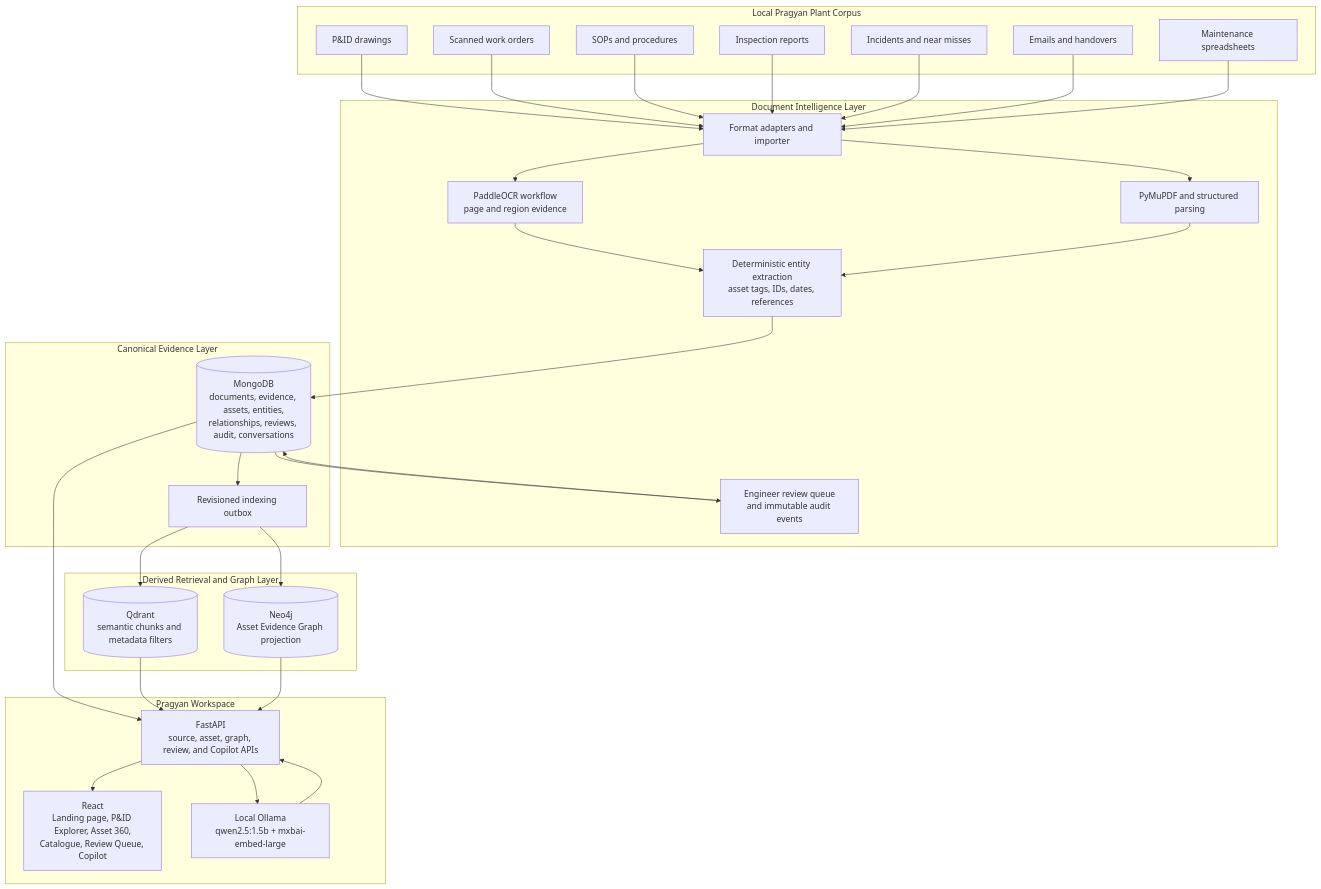
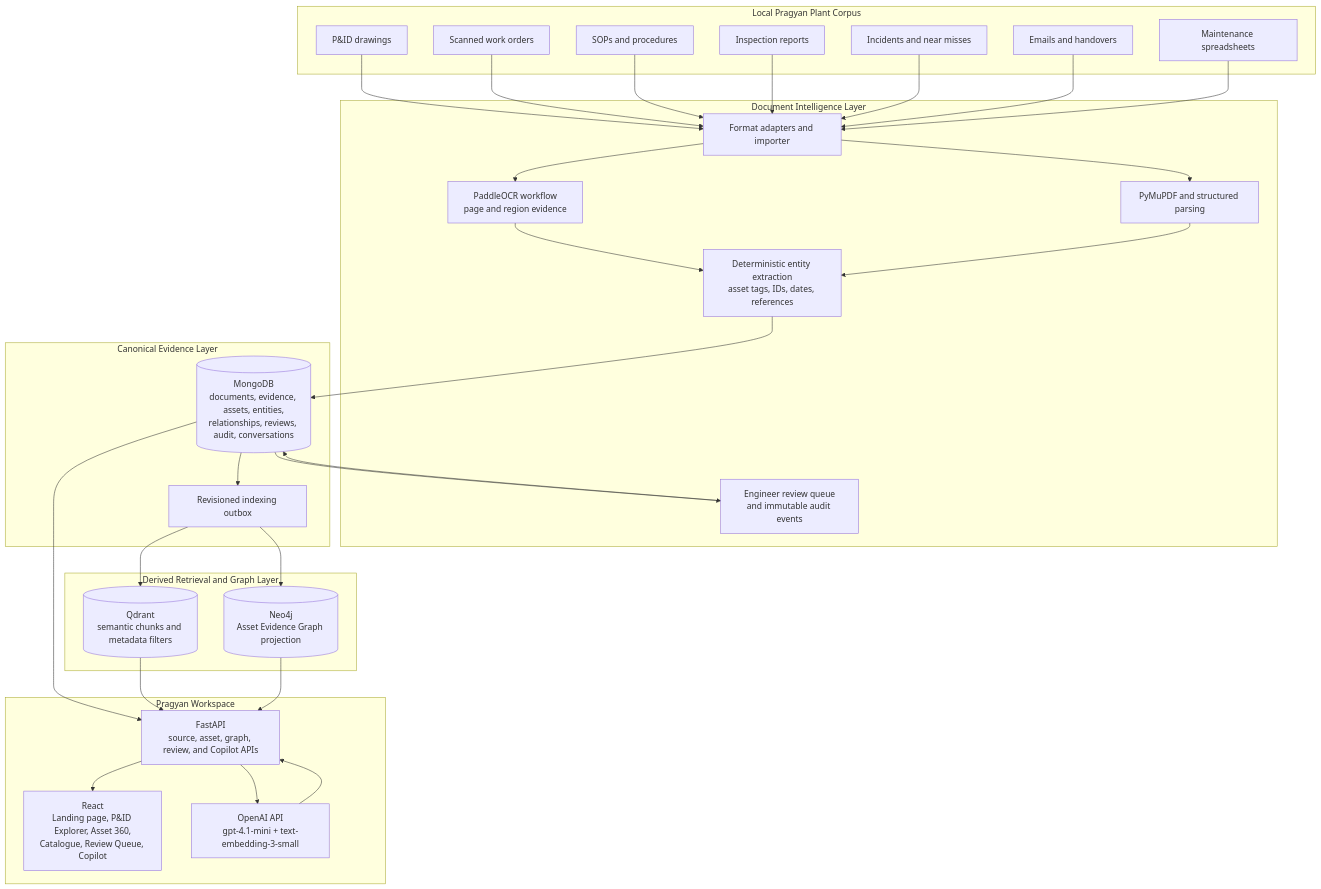
The diagram in README.md (Kamraanmulani/ET_AI_Hackathon_2.0), drawn with Mermaid before and after one commit. The commit also changed other lines of this file and 11 other files, not shown here.

First line of the commit message:
Switch LLM stack from Ollama to OpenAI

````diff
--- a/README.md
+++ b/README.md
@@ -79,61 +79,61 @@
 ```mermaid
 flowchart TB
     subgraph Sources["Local Pragyan Plant Corpus"]
         PID["P&ID drawings"]
         WO["Scanned work orders"]
         SOP["SOPs and procedures"]
         INS["Inspection reports"]
         INC["Incidents and near misses"]
         EMAIL["Emails and handovers"]
         XLS["Maintenance spreadsheets"]
     end
 
     subgraph Intelligence["Document Intelligence Layer"]
         ROUTER["Format adapters and importer"]
         OCR["PaddleOCR workflow\npage and region evidence"]
         PARSE["PyMuPDF and structured parsing"]
         ENTITY["Deterministic entity extraction\nasset tags, IDs, dates, references"]
         REVIEW["Engineer review queue\nand immutable audit events"]
     end
 
     subgraph Canonical["Canonical Evidence Layer"]
         MONGO[("MongoDB\ndocuments, evidence, assets, entities,\nrelationships, reviews, audit, conversations")]
         OUTBOX["Revisioned indexing outbox"]
     end
 
     subgraph Derived["Derived Retrieval and Graph Layer"]
         QDRANT[("Qdrant\nsemantic chunks and metadata filters")]
         NEO4J[("Neo4j\nAsset Evidence Graph projection")]
     end
 
     subgraph Experience["Pragyan Workspace"]
         API["FastAPI\nsource, asset, graph, review, and Copilot APIs"]
         UI["React\nLanding page, P&ID Explorer, Asset 360,\nCatalogue, Review Queue, Copilot"]
-        OLLAMA["Local Ollama\nqwen2.5:1.5b + mxbai-embed-large"]
+        LLM["OpenAI API\ngpt-4.1-mini + text-embedding-3-small"]
     end
 
     PID --> ROUTER
     WO --> ROUTER
     SOP --> ROUTER
     INS --> ROUTER
     INC --> ROUTER
     EMAIL --> ROUTER
     XLS --> ROUTER
 
     ROUTER --> OCR
     ROUTER --> PARSE
     OCR --> ENTITY
     PARSE --> ENTITY
     ENTITY --> MONGO
     MONGO --> REVIEW
     REVIEW --> MONGO
     MONGO --> OUTBOX
     OUTBOX --> QDRANT
     OUTBOX --> NEO4J
     MONGO --> API
     QDRANT --> API
     NEO4J --> API
     API --> UI
-    API --> OLLAMA
-    OLLAMA --> API
+    API --> LLM
+    LLM --> API
 ```
````
